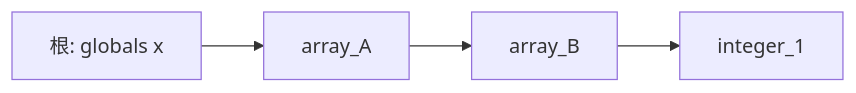
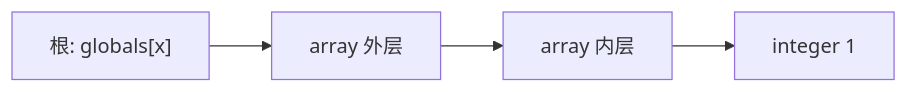
The first of 13 diagrams in gc/gc-report.md (gengjiawen/monkey-rust), drawn with Mermaid before and after one commit. The commit also changed other lines of this file, not shown here.

````diff
--- a/gc/gc-report.md
+++ b/gc/gc-report.md
@@ -109,6 +55,6 @@
 ```mermaid
 flowchart LR
-    root[根: globals x] --> A[array_A]
-    A --> B[array_B]
-    B --> C[integer_1]
+    root["根: globals[x]"] --> A["array 外层"]
+    A --> B["array 内层"]
+    B --> C["integer 1"]
 ```
````
